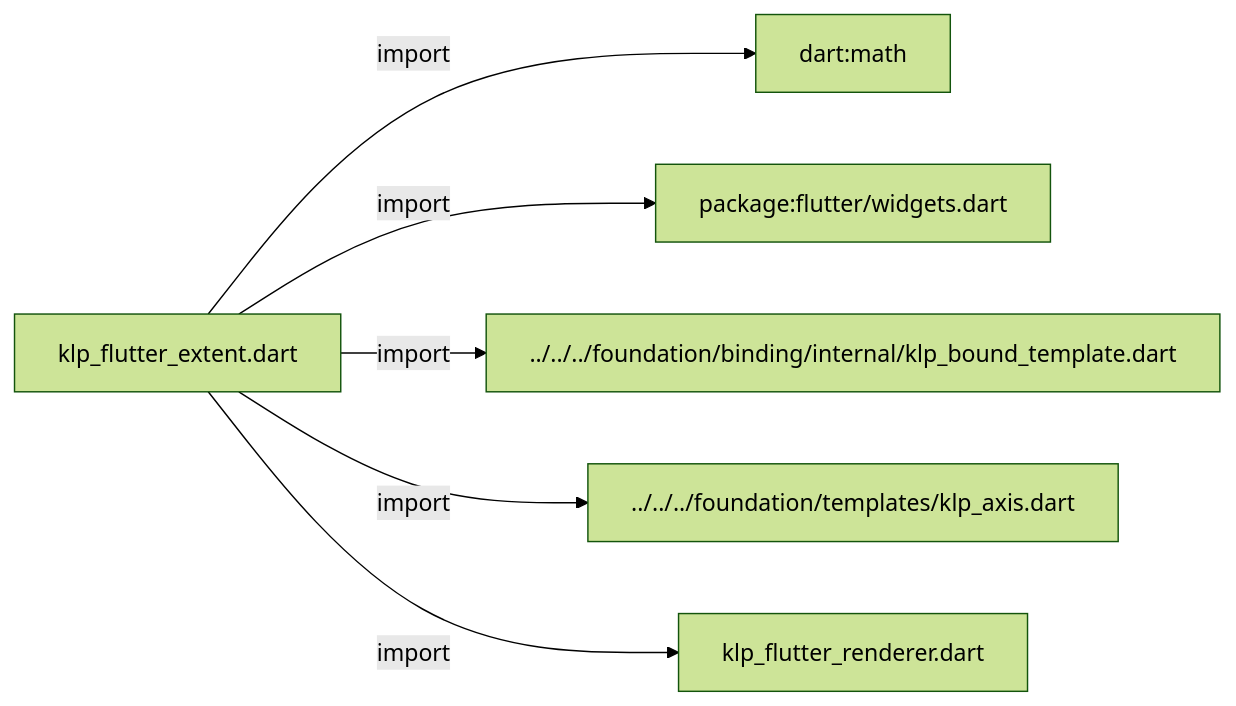
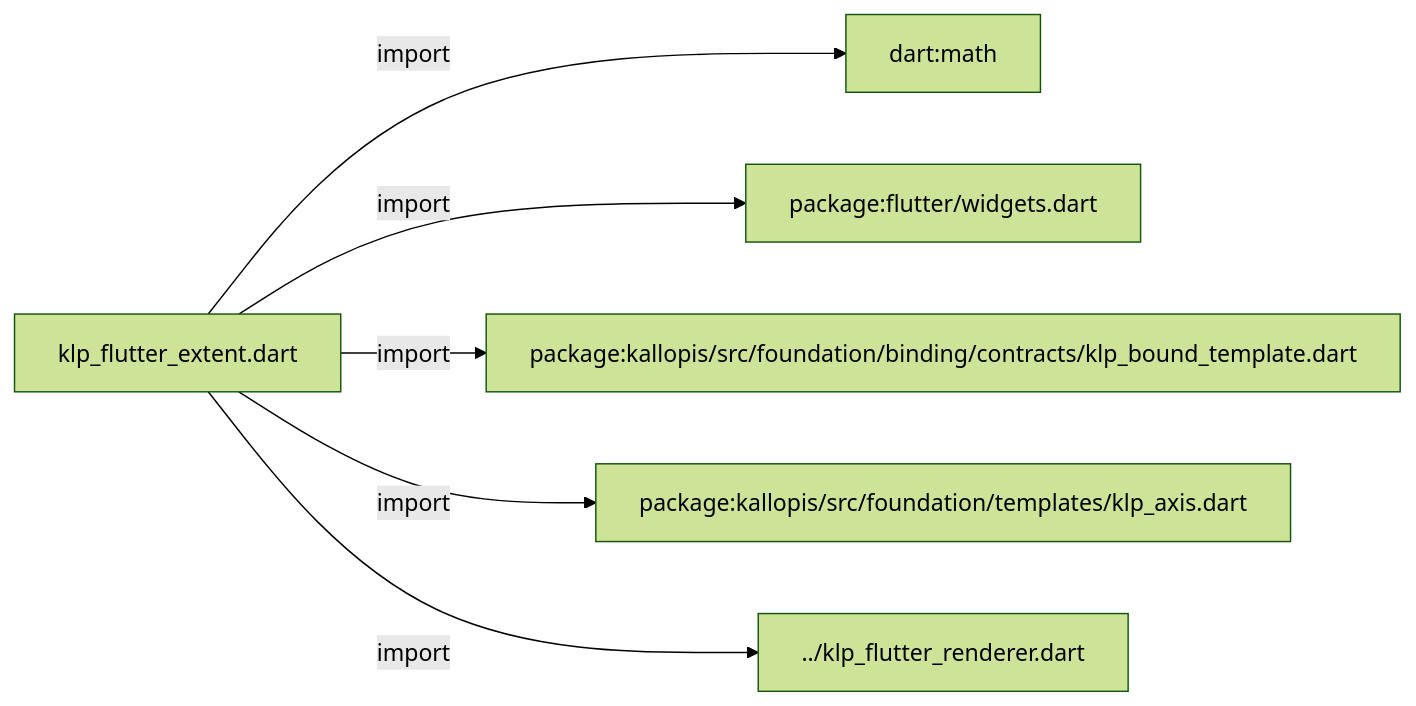
One commit to MiuDog/Kallopis changed the first of 3 diagrams in docs/architecture/src/rendering/flutter/internal/klp_flutter_extent.md. Above: the diagram before and after it, drawn with Mermaid (forest theme). The commit also changed other lines of this file and 9688 other files, not shown here.

Commit message:
Prepare isolated Flow F2 peer baseline

````diff
--- a/docs/architecture/src/rendering/flutter/internal/klp_flutter_extent.md
+++ b/docs/architecture/src/rendering/flutter/internal/klp_flutter_extent.md
@@ -11,14 +11,14 @@
 ```mermaid
 flowchart LR
 	n0["klp_flutter_extent.dart"]
 	n1["dart:math"]
 	n2["package:flutter/widgets.dart"]
-	n3["../../../foundation/binding/internal/klp_bound_template.dart"]
-	n4["../../../foundation/templates/klp_axis.dart"]
-	n5["klp_flutter_renderer.dart"]
+	n3["package:kallopis/src/foundation/binding/contracts/klp_bound_template.dart"]
+	n4["package:kallopis/src/foundation/templates/klp_axis.dart"]
+	n5["../klp_flutter_renderer.dart"]
 	n0 -->|"import"| n1
 	n0 -->|"import"| n2
 	n0 -->|"import"| n3
 	n0 -->|"import"| n4
 	n0 -->|"import"| n5
 ```
````
